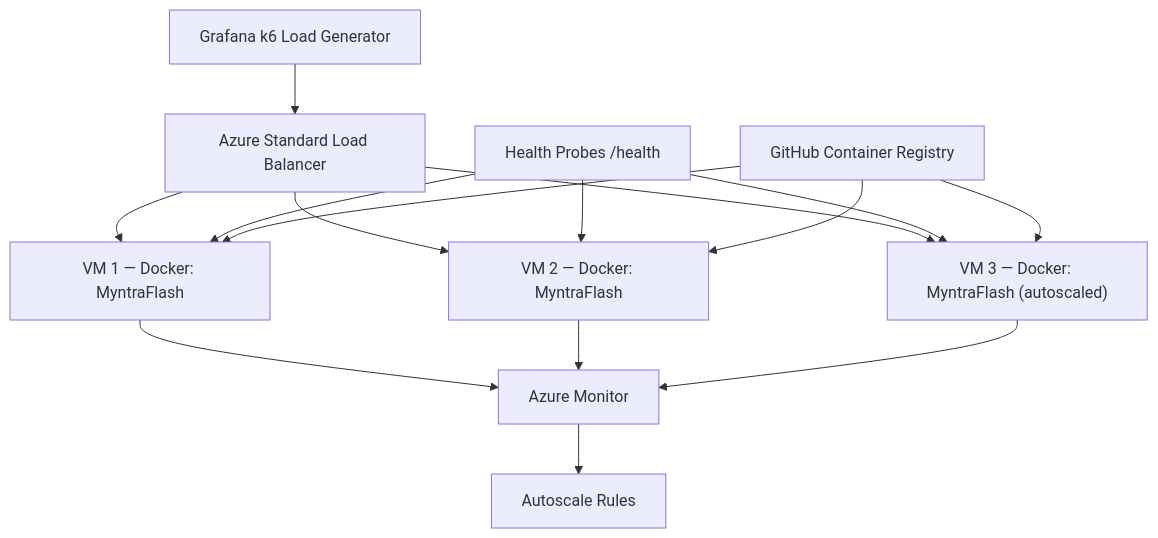
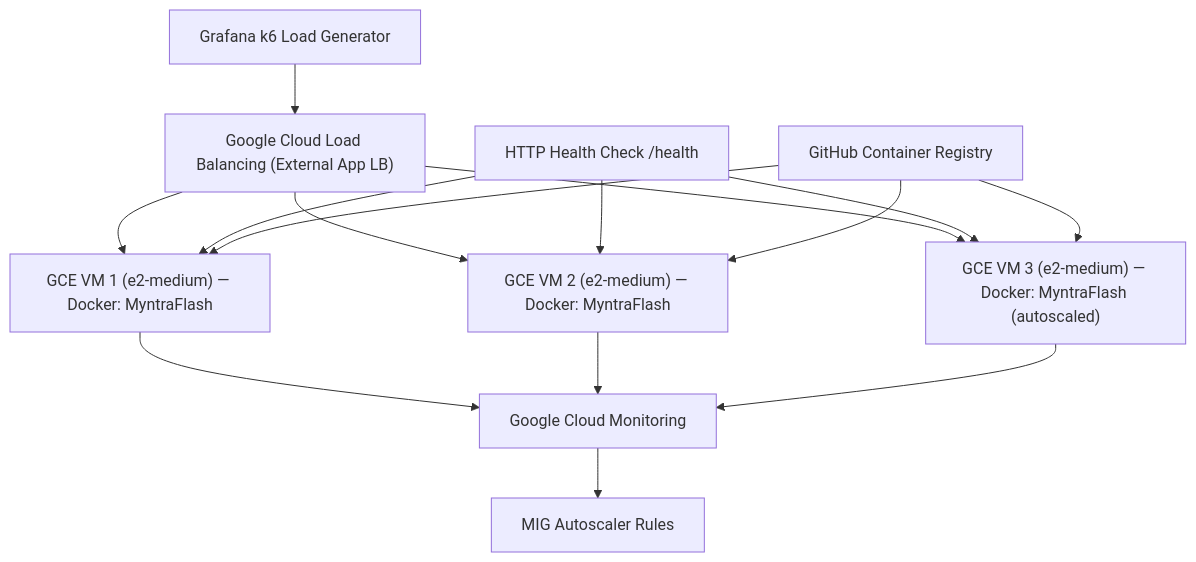
The second of 2 diagrams in week2/week2-report.md (UTSKER/Myntra-cloud_computing-project-), drawn with Mermaid before and after one commit. The commit also changed other lines of this file and 14 other files, not shown here.

Commit message:
refactor(cloud): migrate proposed practical exercise architecture from Azure to Google Cloud Platform (GCP)

````diff
--- a/week2/week2-report.md
+++ b/week2/week2-report.md
@@ -401,17 +407,17 @@
 ```mermaid
 graph TB
-    K6["Grafana k6 Load Generator"] --> ALB["Azure Standard Load Balancer"]
-    ALB --> VM1["VM 1 — Docker: MyntraFlash"]
-    ALB --> VM2["VM 2 — Docker: MyntraFlash"]
-    ALB --> VM3["VM 3 — Docker: MyntraFlash (autoscaled)"]
-    HP["Health Probes /health"] --> VM1
-    HP --> VM2
-    HP --> VM3
-    AM["Azure Monitor"] --> RULES["Autoscale Rules"]
-    VM1 --> AM
-    VM2 --> AM
-    VM3 --> AM
+    K6["Grafana k6 Load Generator"] --> GCLB["Google Cloud Load Balancing (External App LB)"]
+    GCLB --> VM1["GCE VM 1 (e2-medium) — Docker: MyntraFlash"]
+    GCLB --> VM2["GCE VM 2 (e2-medium) — Docker: MyntraFlash"]
+    GCLB --> VM3["GCE VM 3 (e2-medium) — Docker: MyntraFlash (autoscaled)"]
+    HC["HTTP Health Check /health"] --> VM1
+    HC --> VM2
+    HC --> VM3
+    GCM["Google Cloud Monitoring"] --> RULES["MIG Autoscaler Rules"]
+    VM1 --> GCM
+    VM2 --> GCM
+    VM3 --> GCM
     GHCR["GitHub Container Registry"] --> VM1
     GHCR --> VM2
     GHCR --> VM3
 ```
````
